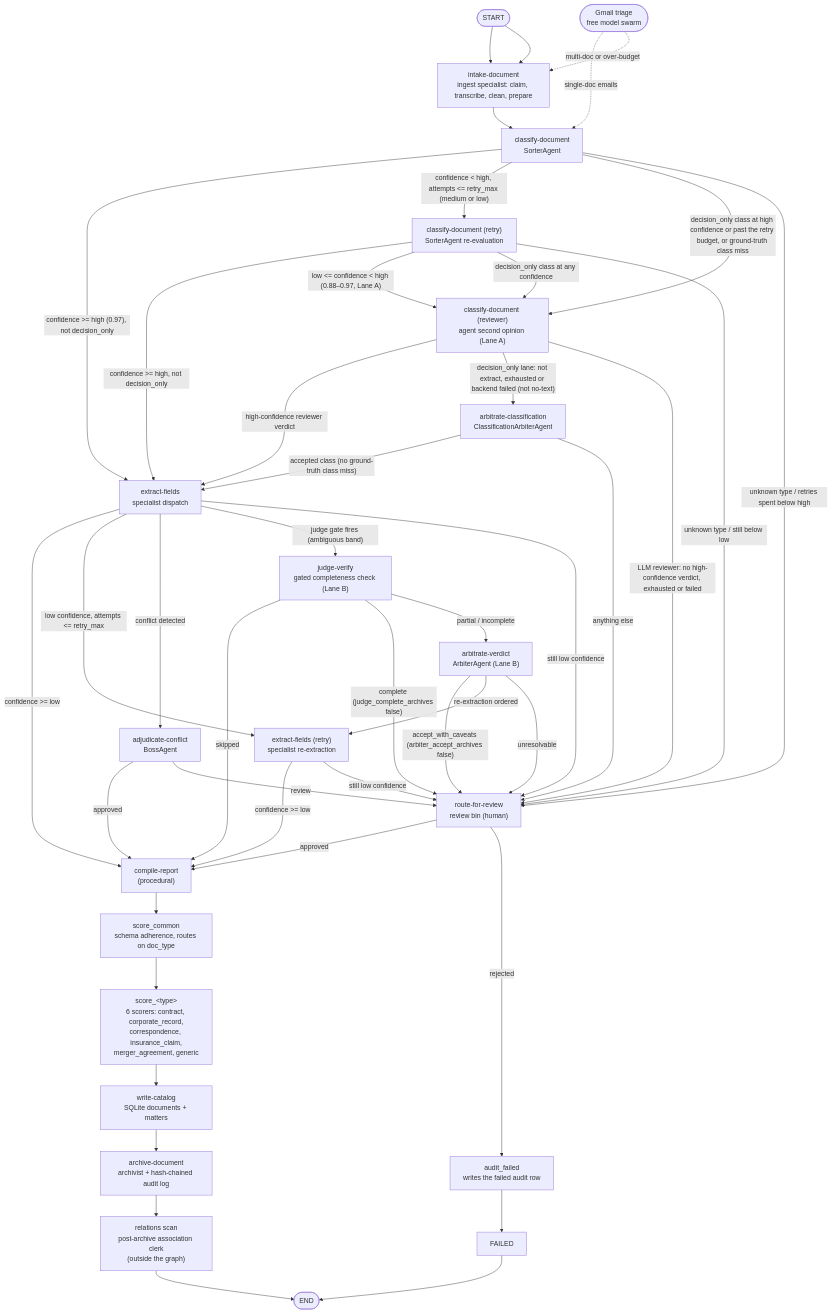
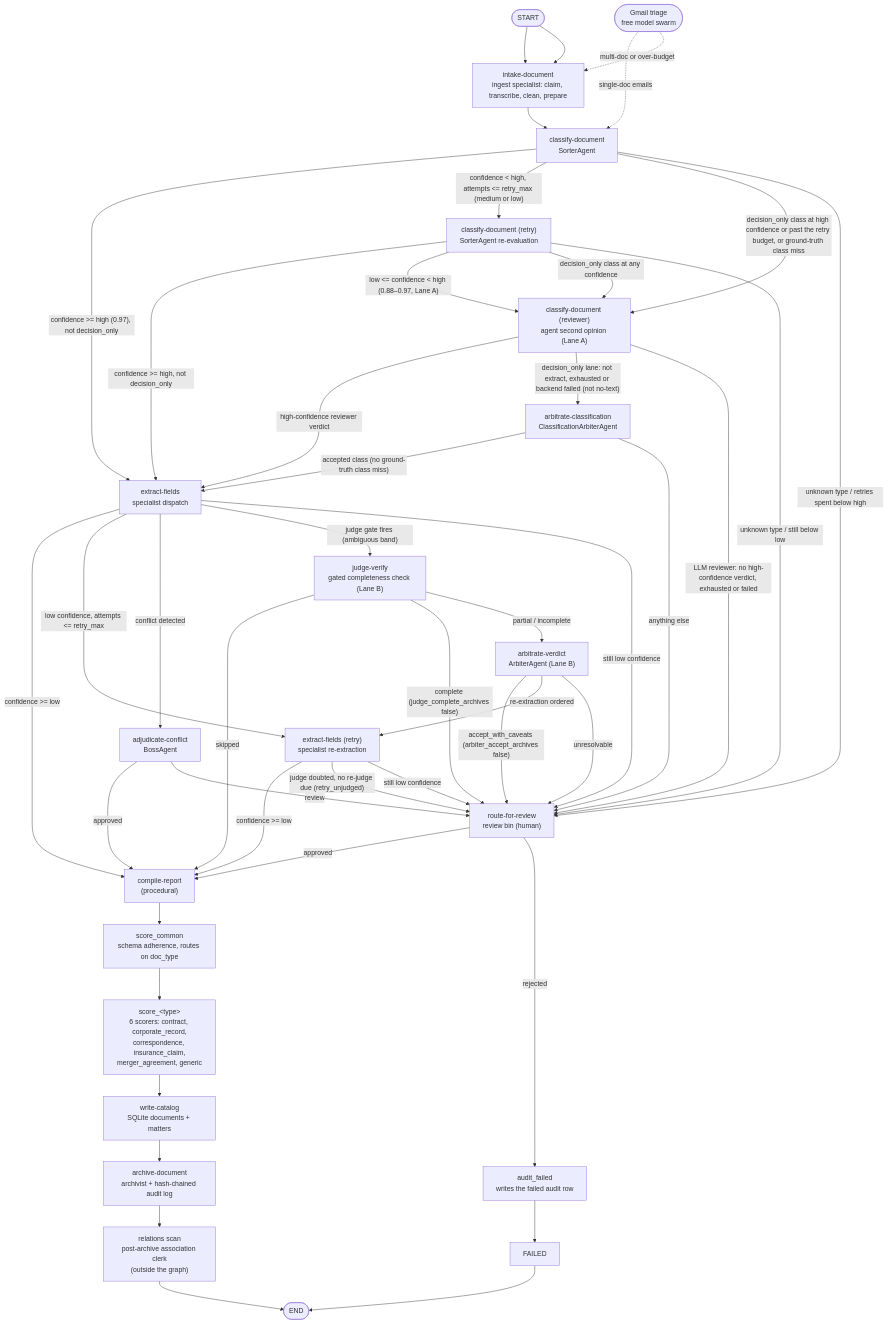
The first of 2 diagrams in README.md (Exios66/llm-mailroom), drawn with Mermaid before and after one commit. The commit also changed 7 other files, not shown here.

````diff
--- a/README.md
+++ b/README.md
@@ -286,67 +286,68 @@
 ```mermaid
 %% Production routing with oracle routing off. Cutoffs shown are the global defaults; per-class overrides in taxonomy.yaml (for example corporate_record) shift them.
 flowchart TD
     START([START]) --> INTAKE
 
     INTAKE["intake-document<br/>ingest specialist: claim, transcribe, clean, prepare"]
     CLASSIFY["classify-document<br/>SorterAgent"]
     RETRY_CLASS["classify-document (retry)<br/>SorterAgent re-evaluation"]
     REVIEW_CLASS["classify-document (reviewer)<br/>agent second opinion (Lane A)"]
     CLASS_ARBITER["arbitrate-classification<br/>ClassificationArbiterAgent"]
     EXTRACT["extract-fields<br/>specialist dispatch"]
     RETRY_EXTRACT["extract-fields (retry)<br/>specialist re-extraction"]
     JUDGE["judge-verify<br/>gated completeness check (Lane B)"]
     ARBITER["arbitrate-verdict<br/>ArbiterAgent (Lane B)"]
     BOSS["adjudicate-conflict<br/>BossAgent"]
     REVIEW["route-for-review<br/>review bin (human)"]
     REPORT["compile-report<br/>(procedural)"]
     SCORE_COMMON["score_common<br/>schema adherence, routes on doc_type"]
     SCORE["score_&lt;type&gt;<br/>6 scorers: contract, corporate_record,<br/>correspondence, insurance_claim,<br/>merger_agreement, generic"]
     AUDIT_FAILED["audit_failed<br/>writes the failed audit row"]
     CATALOG["write-catalog<br/>SQLite documents + matters"]
     ARCHIVE["archive-document<br/>archivist + hash-chained audit log"]
     RELATIONS["relations scan<br/>post-archive association clerk<br/>(outside the graph)"]
     FAILED["FAILED"]
     ENDX([END])
 
     START --> INTAKE
     INTAKE --> CLASSIFY
 
     CLASSIFY -- "confidence >= high (0.97), not decision_only" --> EXTRACT
     CLASSIFY -- "confidence < high, attempts <= retry_max (medium or low)" --> RETRY_CLASS
     CLASSIFY -- "decision_only class at high confidence or past the retry budget, or ground-truth class miss" --> REVIEW_CLASS
     CLASSIFY -- "unknown type / retries spent below high" --> REVIEW
     RETRY_CLASS -- "confidence >= high, not decision_only" --> EXTRACT
     RETRY_CLASS -- "low <= confidence < high (0.88–0.97, Lane A)" --> REVIEW_CLASS
     RETRY_CLASS -- "decision_only class at any confidence" --> REVIEW_CLASS
     RETRY_CLASS -- "unknown type / still below low" --> REVIEW
     REVIEW_CLASS -- "high-confidence reviewer verdict" --> EXTRACT
     REVIEW_CLASS -- "decision_only lane: not extract, exhausted or backend failed (not no-text)" --> CLASS_ARBITER
     REVIEW_CLASS -- "LLM reviewer: no high-confidence verdict, exhausted or failed" --> REVIEW
     CLASS_ARBITER -- "accepted class (no ground-truth class miss)" --> EXTRACT
     CLASS_ARBITER -- "anything else" --> REVIEW
 
     EXTRACT -- "confidence >= low" --> REPORT
     EXTRACT -- "low confidence, attempts <= retry_max" --> RETRY_EXTRACT
     EXTRACT -- "conflict detected" --> BOSS
     EXTRACT -- "judge gate fires (ambiguous band)" --> JUDGE
     EXTRACT -- "still low confidence" --> REVIEW
     RETRY_EXTRACT -- "confidence >= low" --> REPORT
+    RETRY_EXTRACT -- "judge doubted, no re-judge due (retry_unjudged)" --> REVIEW
     RETRY_EXTRACT -- "still low confidence" --> REVIEW
 
     JUDGE -- "skipped" --> REPORT
     JUDGE -- "complete (judge_complete_archives false)" --> REVIEW
     JUDGE -- "partial / incomplete" --> ARBITER
     ARBITER -- "accept_with_caveats (arbiter_accept_archives false)" --> REVIEW
     ARBITER -- "re-extraction ordered" --> RETRY_EXTRACT
     ARBITER -- "unresolvable" --> REVIEW
     BOSS -- "approved" --> REPORT
     BOSS -- "review" --> REVIEW
     REVIEW -- "approved" --> REPORT
     REVIEW -- "rejected" --> AUDIT_FAILED --> FAILED --> ENDX
 
     REPORT --> SCORE_COMMON --> SCORE --> CATALOG --> ARCHIVE --> RELATIONS --> ENDX
 
     GMAIL([Gmail triage<br/>free model swarm]) -.->|single-doc emails| CLASSIFY
     GMAIL -.->|multi-doc or over-budget| INTAKE
 ```
````
